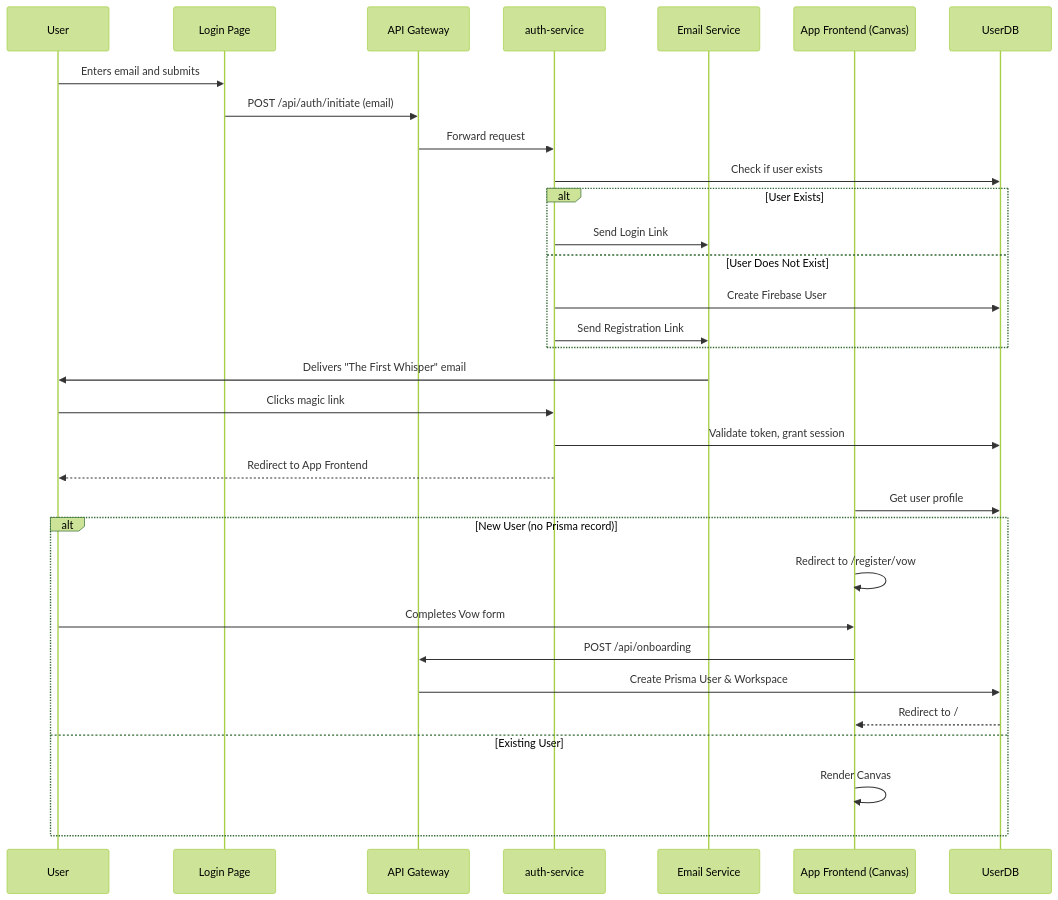
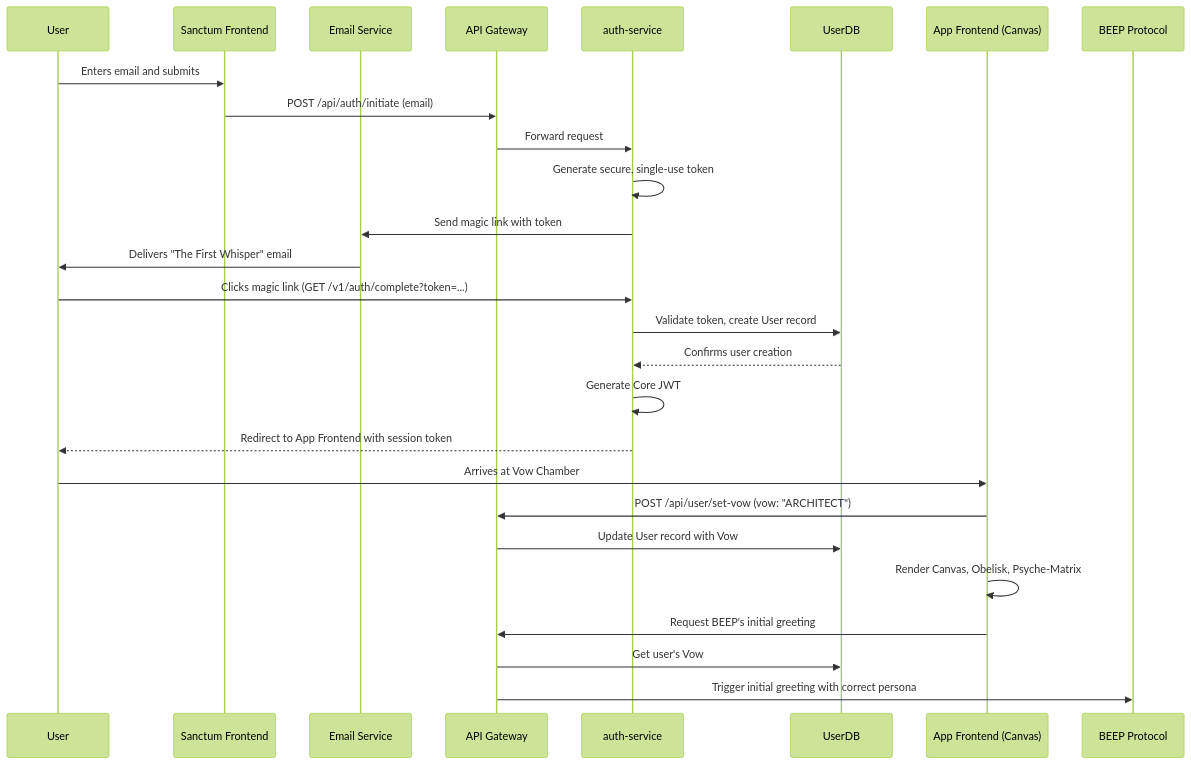
The diagram in src/docs/Rite-of-Invocation.md (seemslegit42/aevonos), drawn with Mermaid (forest theme) before and after one commit. The commit also changed other lines of this file and 2 other files, not shown here.

Commit message:
refactor ours to match

````diff
--- a/src/docs/Rite-of-Invocation.md
+++ b/src/docs/Rite-of-Invocation.md
@@ -57,37 +50,32 @@
 ```mermaid
 sequenceDiagram
     participant User
-    participant Login Page
+    participant Sanctum Frontend
+    participant Email Service
     participant API Gateway
     participant auth-service
-    participant Email Service
+    participant UserDB
     participant App Frontend (Canvas)
-    participant UserDB
 
-    User->>Login Page: Enters email and submits
-    Login Page->>API Gateway: POST /api/auth/initiate (email)
+    User->>Sanctum Frontend: Enters email and submits
+    Sanctum Frontend->>API Gateway: POST /api/auth/initiate (email)
     API Gateway->>auth-service: Forward request
-    auth-service->>UserDB: Check if user exists
-    alt User Exists
-      auth-service->>Email Service: Send Login Link
-    else User Does Not Exist
-      auth-service->>UserDB: Create Firebase User
-      auth-service->>Email Service: Send Registration Link
-    end
+    auth-service->>auth-service: Generate secure, single-use token
+    auth-service->>Email Service: Send magic link with token
     Email Service->>User: Delivers "The First Whisper" email
 
-    User->>auth-service: Clicks magic link
-    auth-service->>UserDB: Validate token, grant session
-    auth-service-->>User: Redirect to App Frontend
+    User->>auth-service: Clicks magic link (GET /v1/auth/complete?token=...)
+    auth-service->>UserDB: Validate token, create User record
+    UserDB-->>auth-service: Confirms user creation
+    auth-service->>auth-service: Generate Core JWT
+    auth-service-->>User: Redirect to App Frontend with session token
+
+    User->>App Frontend (Canvas): Arrives at Vow Chamber
+    App Frontend (Canvas)->>API Gateway: POST /api/user/set-vow (vow: "ARCHITECT")
+    API Gateway->>UserDB: Update User record with Vow
     
-    App Frontend (Canvas)->>UserDB: Get user profile
-    alt New User (no Prisma record)
-        App Frontend (Canvas)->>App Frontend (Canvas): Redirect to /register/vow
-        User->>App Frontend (Canvas): Completes Vow form
-        App Frontend (Canvas)->>API Gateway: POST /api/onboarding
-        API Gateway->>UserDB: Create Prisma User & Workspace
-        UserDB-->>App Frontend (Canvas): Redirect to /
-    else Existing User
-        App Frontend (Canvas)->>App Frontend (Canvas): Render Canvas
-    end
+    App Frontend (Canvas)->>App Frontend (Canvas): Render Canvas, Obelisk, Psyche-Matrix
+    App Frontend (Canvas)->>API Gateway: Request BEEP's initial greeting
+    API Gateway->>UserDB: Get user's Vow
+    API Gateway->>BEEP Protocol: Trigger initial greeting with correct persona
 ```
````
